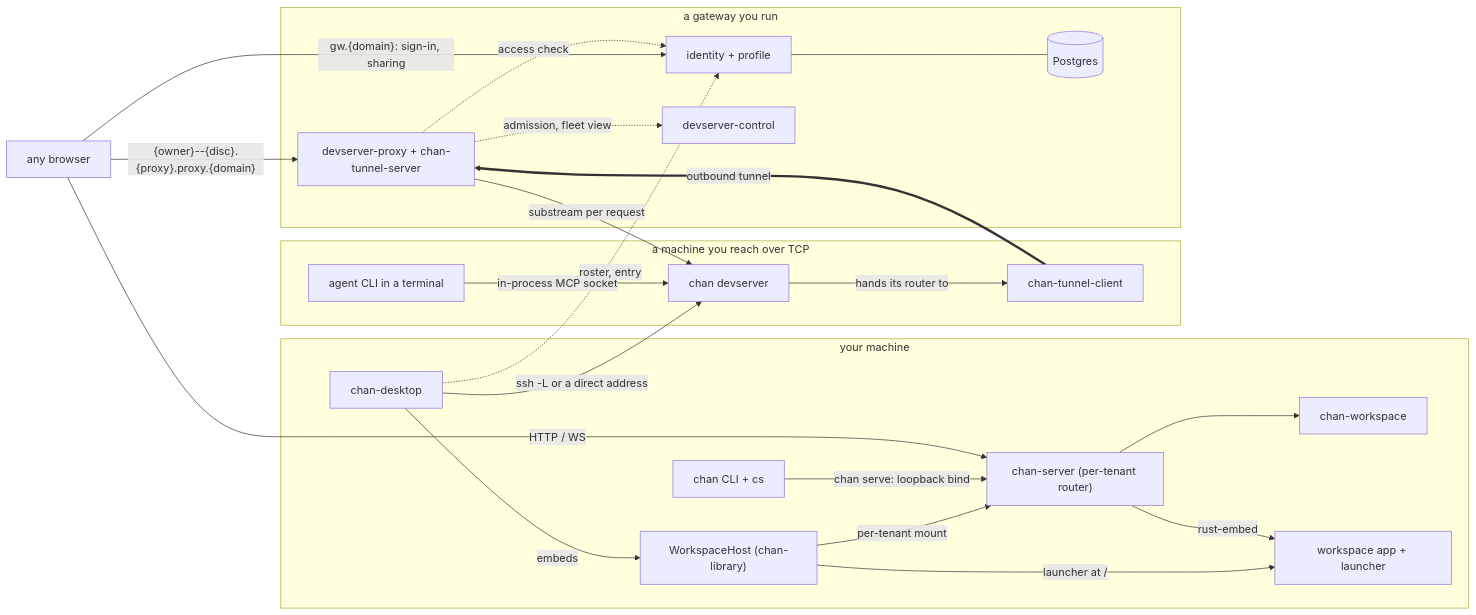
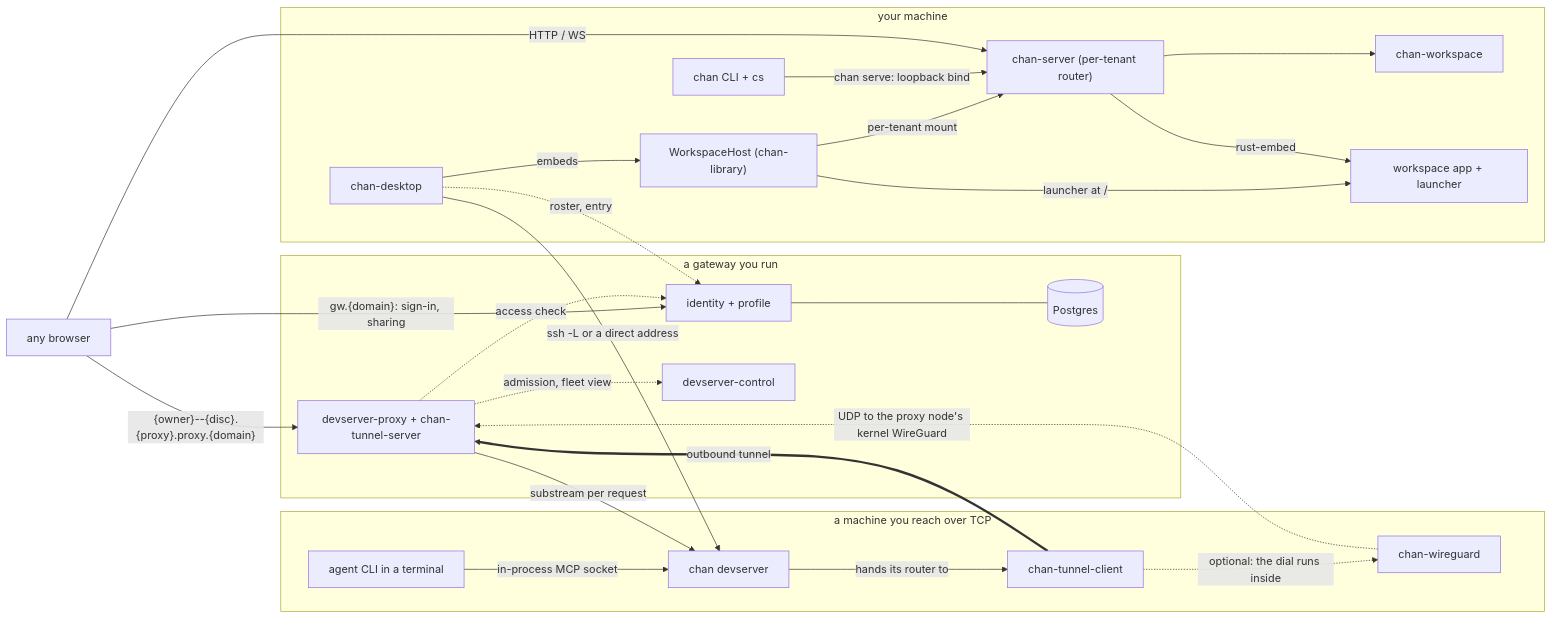
The second of 3 diagrams in design.md (fiorix/chan), drawn with Mermaid before and after one commit. The commit also changed other lines of this file and 2 other files, not shown here.

````diff
--- a/design.md
+++ b/design.md
@@ -56,47 +57,50 @@
 ```mermaid
 flowchart LR
   Browser["any browser"]
 
   subgraph Machine["your machine"]
     Cli["chan CLI + cs"]
     Desktop["chan-desktop"]
     Host["WorkspaceHost (chan-library)"]
     Server["chan-server (per-tenant router)"]
     Core["chan-workspace"]
     Spa["workspace app + launcher"]
   end
 
   subgraph Box["a machine you reach over TCP"]
     Dev["chan devserver"]
     Agent["agent CLI in a terminal"]
     TunC["chan-tunnel-client"]
+    Wg["chan-wireguard"]
   end
 
   subgraph Gw["a gateway you run"]
     Identity["identity + profile"]
     Pg[("Postgres")]
     Proxy["devserver-proxy + chan-tunnel-server"]
     Ctl["devserver-control"]
   end
 
   Desktop -->|"embeds"| Host
   Host -->|"per-tenant mount"| Server
   Host -->|"launcher at /"| Spa
   Server --> Core
   Server -->|"rust-embed"| Spa
   Cli -->|"chan serve: loopback bind"| Server
   Browser -->|"HTTP / WS"| Server
 
   Desktop -->|"ssh -L or a direct address"| Dev
   Agent -->|"in-process MCP socket"| Dev
   Dev -->|"hands its router to"| TunC
   TunC ==>|"outbound tunnel"| Proxy
+  TunC -.->|"optional: the dial runs inside"| Wg
+  Wg -.->|"UDP to the proxy node's kernel WireGuard"| Proxy
   Proxy -->|"substream per request"| Dev
 
   Browser -->|"{owner}--{disc}.{proxy}.proxy.{domain}"| Proxy
   Browser -->|"gw.{domain}: sign-in, sharing"| Identity
   Identity --- Pg
   Proxy -.->|"access check"| Identity
   Proxy -.->|"admission, fleet view"| Ctl
   Desktop -.->|"roster, entry"| Identity
 ```
````
